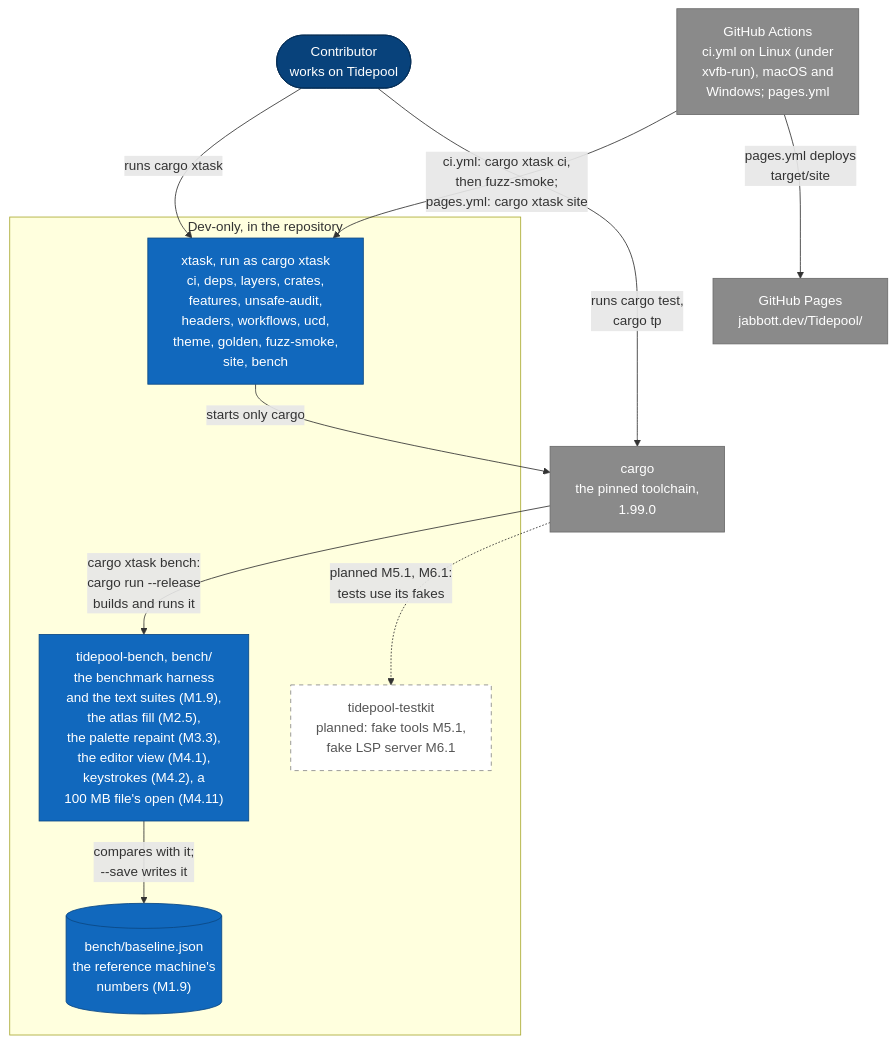
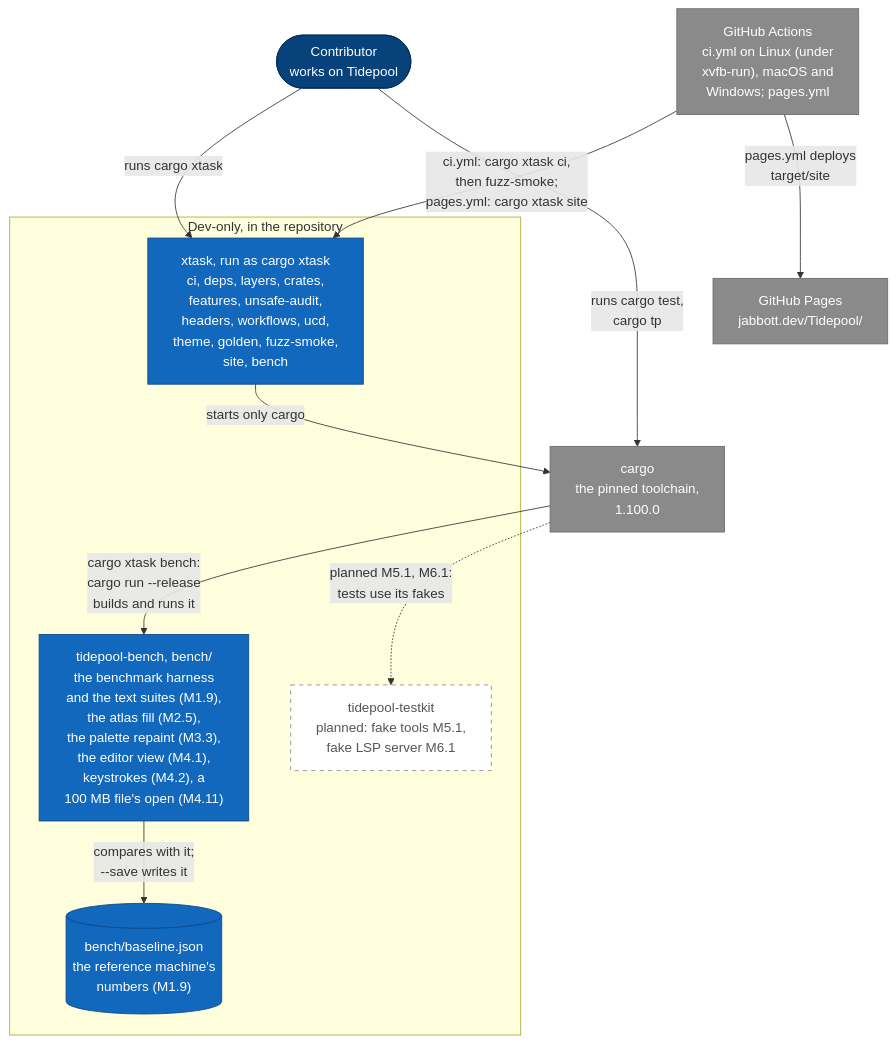
Before and after one commit to jabbott-iii/Tidepool: the fourth of 17 diagrams in diagrams/c4-architecture.md, drawn with Mermaid. The commit also changed other lines of this file and 37 other files, not shown here.

````diff
--- a/diagrams/c4-architecture.md
+++ b/diagrams/c4-architecture.md
@@ -211,34 +211,34 @@
 ```mermaid
 flowchart TB
     p_contrib(["Contributor<br/>works on Tidepool"])
     e_gha["GitHub Actions<br/>ci.yml on Linux (under<br/>xvfb-run), macOS and<br/>Windows; pages.yml"]
-    e_cargo["cargo<br/>the pinned toolchain,<br/>1.99.0"]
+    e_cargo["cargo<br/>the pinned toolchain,<br/>1.100.0"]
     e_pages["GitHub Pages<br/>jabbott.dev/Tidepool/"]
 
     subgraph b_dev["Dev-only, in the repository"]
         c_xtask["xtask, run as cargo xtask<br/>ci, deps, layers, crates,<br/>features, unsafe-audit,<br/>headers, workflows, ucd,<br/>theme, golden, fuzz-smoke,<br/>site, bench"]
         c_bench["tidepool-bench, bench/<br/>the benchmark harness<br/>and the text suites (M1.9),<br/>the atlas fill (M2.5),<br/>the palette repaint (M3.3),<br/>the editor view (M4.1),<br/>keystrokes (M4.2), a<br/>100 MB file's open (M4.11)"]
         c_testkit["tidepool-testkit<br/>planned: fake tools M5.1,<br/>fake LSP server M6.1"]
         s_baseline[("bench/baseline.json<br/>the reference machine's<br/>numbers (M1.9)")]
     end
 
     p_contrib -->|"runs cargo xtask"| c_xtask
     p_contrib -->|"runs cargo test,<br/>cargo tp"| e_cargo
     e_gha -->|"ci.yml: cargo xtask ci,<br/>then fuzz-smoke;<br/>pages.yml: cargo xtask site"| c_xtask
     e_gha -->|"pages.yml deploys<br/>target/site"| e_pages
     c_xtask -->|"starts only cargo"| e_cargo
     e_cargo -->|"cargo xtask bench:<br/>cargo run --release<br/>builds and runs it"| c_bench
     c_bench -->|"compares with it;<br/>--save writes it"| s_baseline
     e_cargo -.->|"planned M5.1, M6.1:<br/>tests use its fakes"| c_testkit
 
     classDef person fill:#08427b,stroke:#052e56,color:#ffffff
     classDef built fill:#1168bd,stroke:#0b4884,color:#ffffff
     classDef external fill:#8a8a8a,stroke:#6b6b6b,color:#ffffff
     classDef planned fill:#ffffff,stroke:#888888,stroke-dasharray: 5 5,color:#555555
     classDef store fill:#1168bd,stroke:#0b4884,color:#ffffff
     class p_contrib person
     class c_xtask,c_bench built
     class s_baseline store
     class c_testkit planned
     class e_gha,e_cargo,e_pages external
 ```
````
